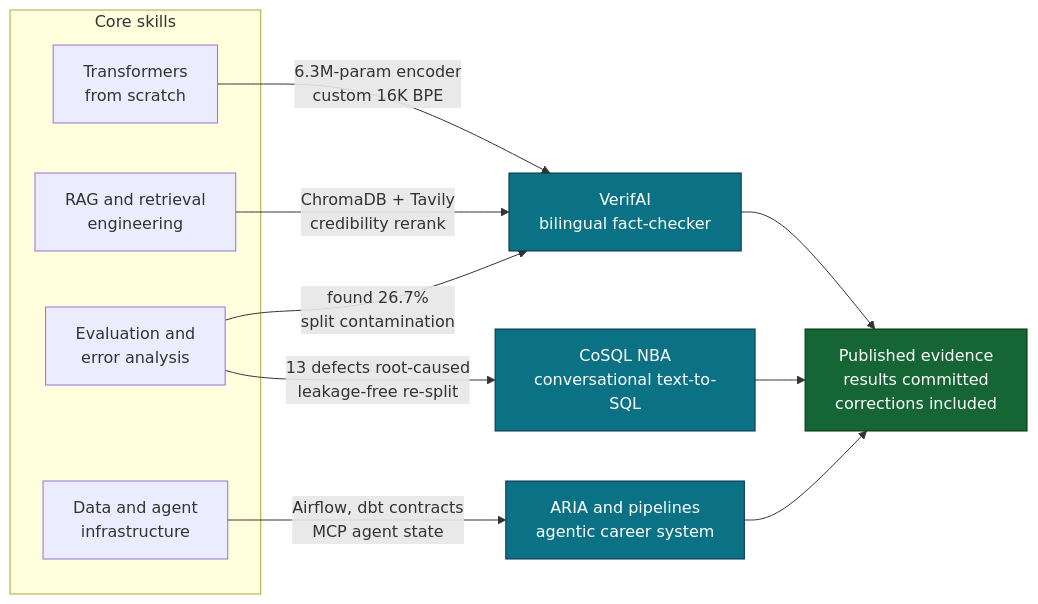
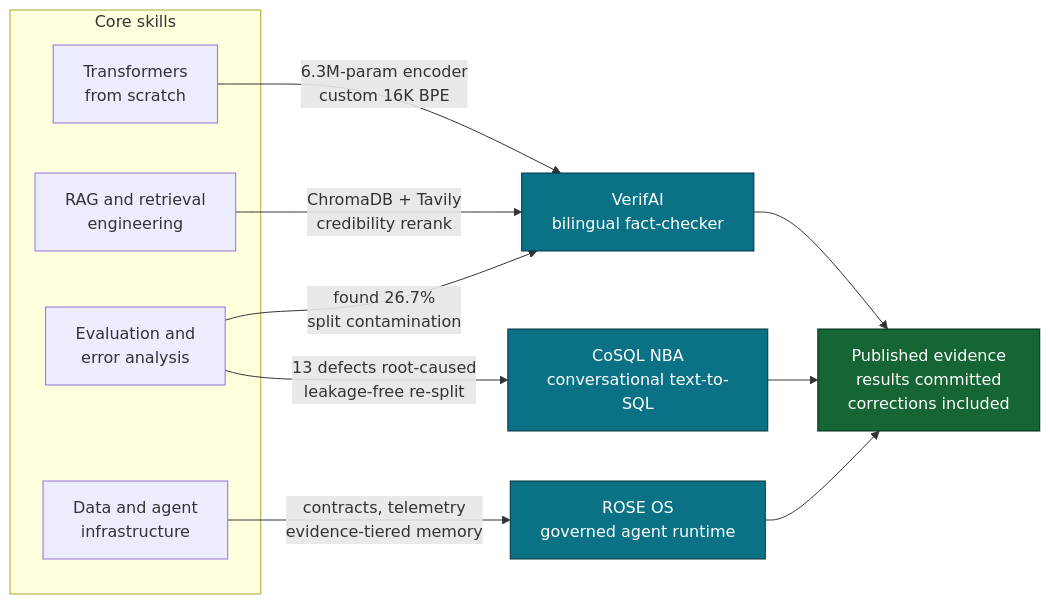
Before and after one commit to rosalinatorres888/rosalinatorres888: the diagram in README.md, drawn with Mermaid. The commit also changed other lines of this file, not shown here.

First line of the commit message:
Retire ARIA and MENTOR; feature ROSE OS as third anchor

````diff
--- a/README.md
+++ b/README.md
@@ -32,24 +31,24 @@
 ```mermaid
 flowchart LR
   subgraph SKILLS["Core skills"]
     A["Transformers<br/>from scratch"]
     B["RAG and retrieval<br/>engineering"]
     C["Evaluation and<br/>error analysis"]
     D["Data and agent<br/>infrastructure"]
   end
 
   A -->|"6.3M-param encoder<br/>custom 16K BPE"| V["VerifAI<br/>bilingual fact-checker"]
   B -->|"ChromaDB + Tavily<br/>credibility rerank"| V
   C -->|"found 26.7%<br/>split contamination"| V
   C -->|"13 defects root-caused<br/>leakage-free re-split"| Q["CoSQL NBA<br/>conversational text-to-SQL"]
-  D -->|"Airflow, dbt contracts<br/>MCP agent state"| R["ARIA and pipelines<br/>agentic career system"]
+  D -->|"contracts, telemetry<br/>evidence-tiered memory"| R["ROSE OS<br/>governed agent runtime"]
 
   V --> E["Published evidence<br/>results committed<br/>corrections included"]
   Q --> E
   R --> E
 
   style V fill:#0B7285,stroke:#083344,color:#ffffff
   style Q fill:#0B7285,stroke:#083344,color:#ffffff
   style R fill:#0B7285,stroke:#083344,color:#ffffff
   style E fill:#166534,stroke:#052e16,color:#ffffff
 ```
````
